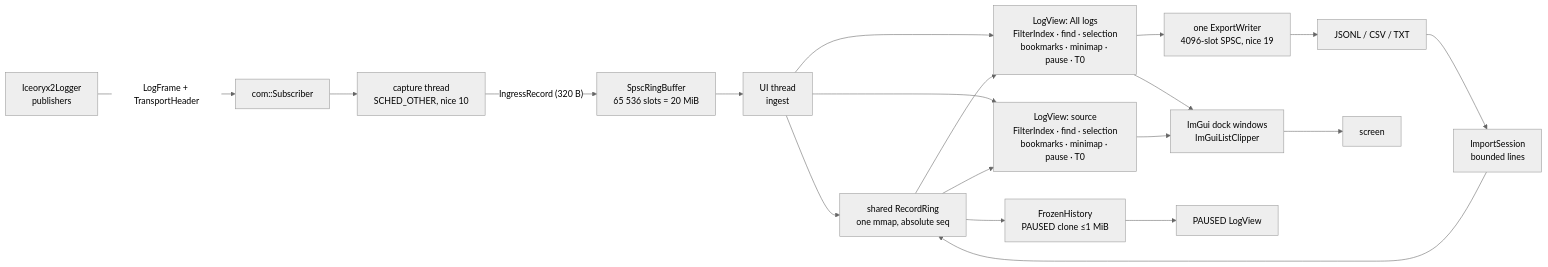
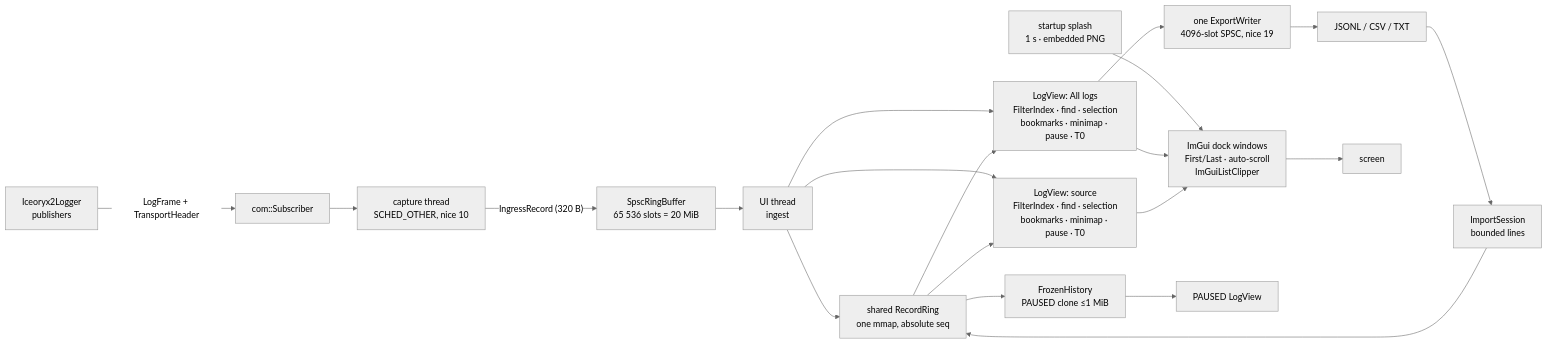
The ninth of 15 diagrams in docs/architecture.md (nexigen-tech/nexigen-cpp), drawn with Mermaid (neutral theme) before and after one commit. The commit also changed other lines of this file and 26 other files, not shown here.

First line of the commit message:
feat(logview): add first/last navigation, auto-scroll toggle, and startup splash

````diff
--- a/docs/architecture.md
+++ b/docs/architecture.md
@@ -985,21 +985,22 @@
 ```mermaid
 flowchart LR
     P["Iceoryx2Logger<br/>publishers"] -->|"LogFrame + TransportHeader"| S["com::Subscriber"]
     S --> RX["capture thread<br/>SCHED_OTHER, nice 10"]
     RX -->|"IngressRecord (320 B)"| Q["SpscRingBuffer<br/>65 536 slots = 20 MiB"]
     Q --> UI["UI thread<br/>ingest"]
+    START["startup splash<br/>1 s · embedded PNG"] --> IM
     UI --> R["shared RecordRing<br/>one mmap, absolute seq"]
     UI --> V1["LogView: All logs<br/>FilterIndex · find · selection<br/>bookmarks · minimap · pause · T0"]
     UI --> V2["LogView: source<br/>FilterIndex · find · selection<br/>bookmarks · minimap · pause · T0"]
     R --> V1
     R --> V2
-    V1 --> IM["ImGui dock windows<br/>ImGuiListClipper"]
+    V1 --> IM["ImGui dock windows<br/>First/Last · auto-scroll<br/>ImGuiListClipper"]
     V2 --> IM
     V1 --> E["one ExportWriter<br/>4096-slot SPSC, nice 19"]
     R --> SNAP["FrozenHistory<br/>PAUSED clone ≤1 MiB"]
     SNAP --> V3["PAUSED LogView"]
     E --> FILE["JSONL / CSV / TXT"]
     FILE --> IMP["ImportSession<br/>bounded lines"]
     IMP --> R
     IM --> SCREEN["screen"]
 ```
````
